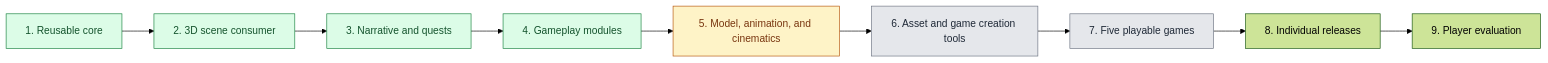
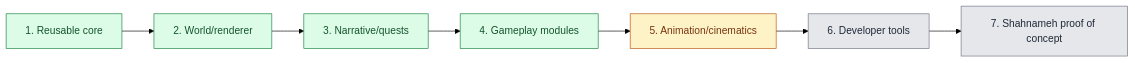
One commit to alipilechiha/game-kids-turn-based-rpg changed the diagram in README.md. Above: the diagram before and after it, drawn with Mermaid (forest theme).

Commit message:
docs: sync README framework roadmap

````diff
--- a/README.md
+++ b/README.md
@@ -21,10 +21,10 @@
 ```mermaid
 flowchart LR
-  P1["1. Reusable core"] --> P2["2. 3D scene consumer"] --> P3["3. Narrative and quests"] --> P4["4. Gameplay modules"] --> P5["5. Model, animation, and cinematics"] --> P6["6. Asset and game creation tools"] --> P7["7. Five playable games"] --> P8["8. Individual releases"] --> P9["9. Player evaluation"]
+  P1["1. Reusable core"] --> P2["2. World/renderer"] --> P3["3. Narrative/quests"] --> P4["4. Gameplay modules"] --> P5["5. Animation/cinematics"] --> P6["6. Developer tools"] --> P7["7. Shahnameh proof of concept"]
   classDef complete fill:#dcfce7,stroke:#15803d,color:#14532d
   classDef next fill:#fef3c7,stroke:#b45309,color:#78350f
   classDef planned fill:#e5e7eb,stroke:#6b7280,color:#1f2937
   class P1,P2,P3,P4 complete
   class P5 next
   class P6,P7 planned
 ```
````
